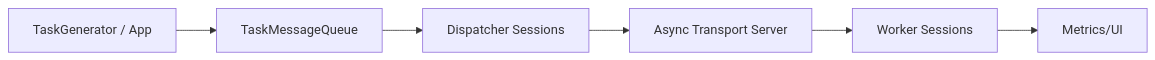
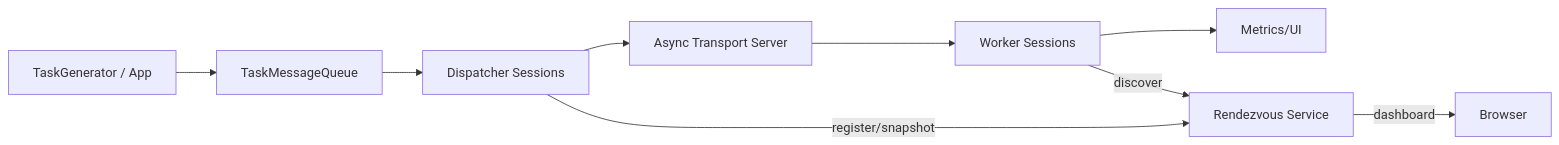
One commit to ilya-yusim/task-messenger changed the diagram in docs/TaskMessenger.md. Above: the diagram before and after it, drawn with Mermaid. The commit also changed other lines of this file and 75 other files, not shown here.

````diff
--- a/docs/TaskMessenger.md
+++ b/docs/TaskMessenger.md
@@ -24,8 +24,11 @@
 ```mermaid
 graph LR
     TG[TaskGenerator / App] --> Pool[TaskMessageQueue]
     Pool --> Dispatcher[Dispatcher Sessions]
     Dispatcher --> Net[Async Transport Server]
     Net --> Workers[Worker Sessions]
     Workers --> Metrics[Metrics/UI]
+    Dispatcher -- register/snapshot --> RV[Rendezvous Service]
+    Workers -- discover --> RV
+    RV -- dashboard --> Browser[Browser]
 ```
````
